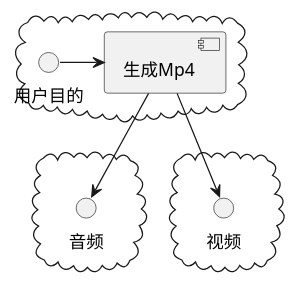
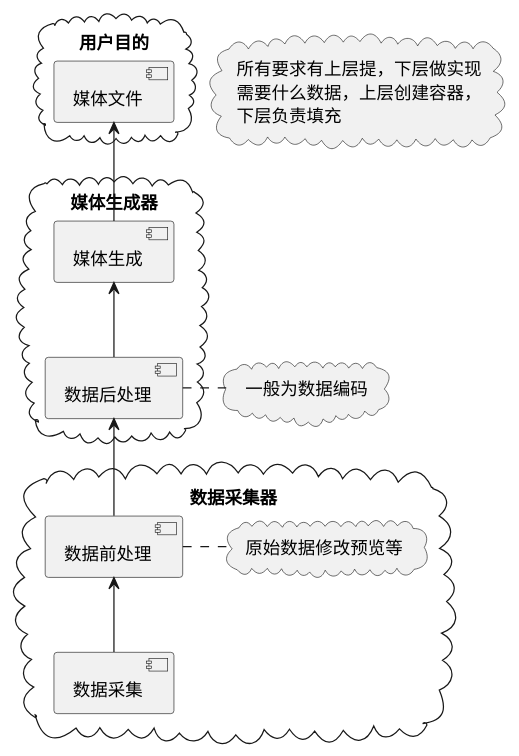
The diagram in aavt/design/media/mp4_struct_design2.puml (aiyaapp/AAVT), drawn with PlantUML before and after one commit. The commit also changed 29 other files, not shown here.

```diff
--- a/aavt/design/media/mp4_struct_design2.puml
+++ b/aavt/design/media/mp4_struct_design2.puml
@@ -1,15 +1,29 @@
 @startuml
 
-cloud {
-用户目的 -> [生成Mp4]
+cloud "用户目的"{
+[媒体文件]
 }
 
-cloud {
-[生成Mp4] -->音频
+cloud "媒体生成器"{
+[媒体文件] <-- [媒体生成]
+[媒体生成] <-- [数据后处理]
 }
 
-cloud {
-[生成Mp4] -->视频
+cloud "数据采集器"{
+[数据后处理] <-- [数据前处理]
+[数据前处理] <-- [数据采集]
+[数据前处理] . [原始数据修改预览等]
 }
 
+cloud "一般为数据编码"{
+[数据后处理] . 一般为数据编码
+}
+
+cloud "原始数据修改预览等"{
+}
+
+cloud "所有要求有上层提，下层做实现\r需要什么数据，上层创建容器，\n下层负责填充"{
+}
+
+
 @enduml
```
